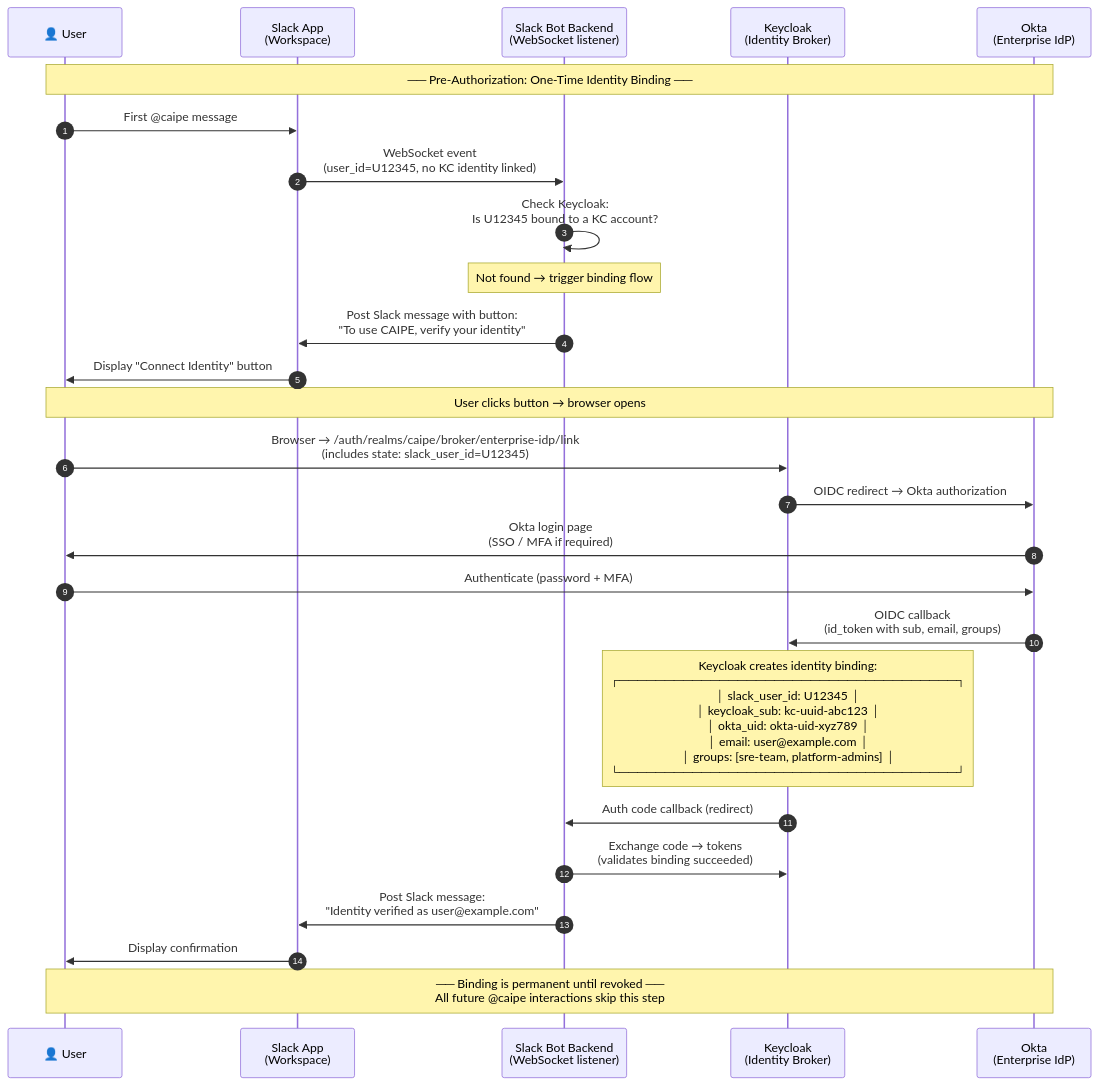
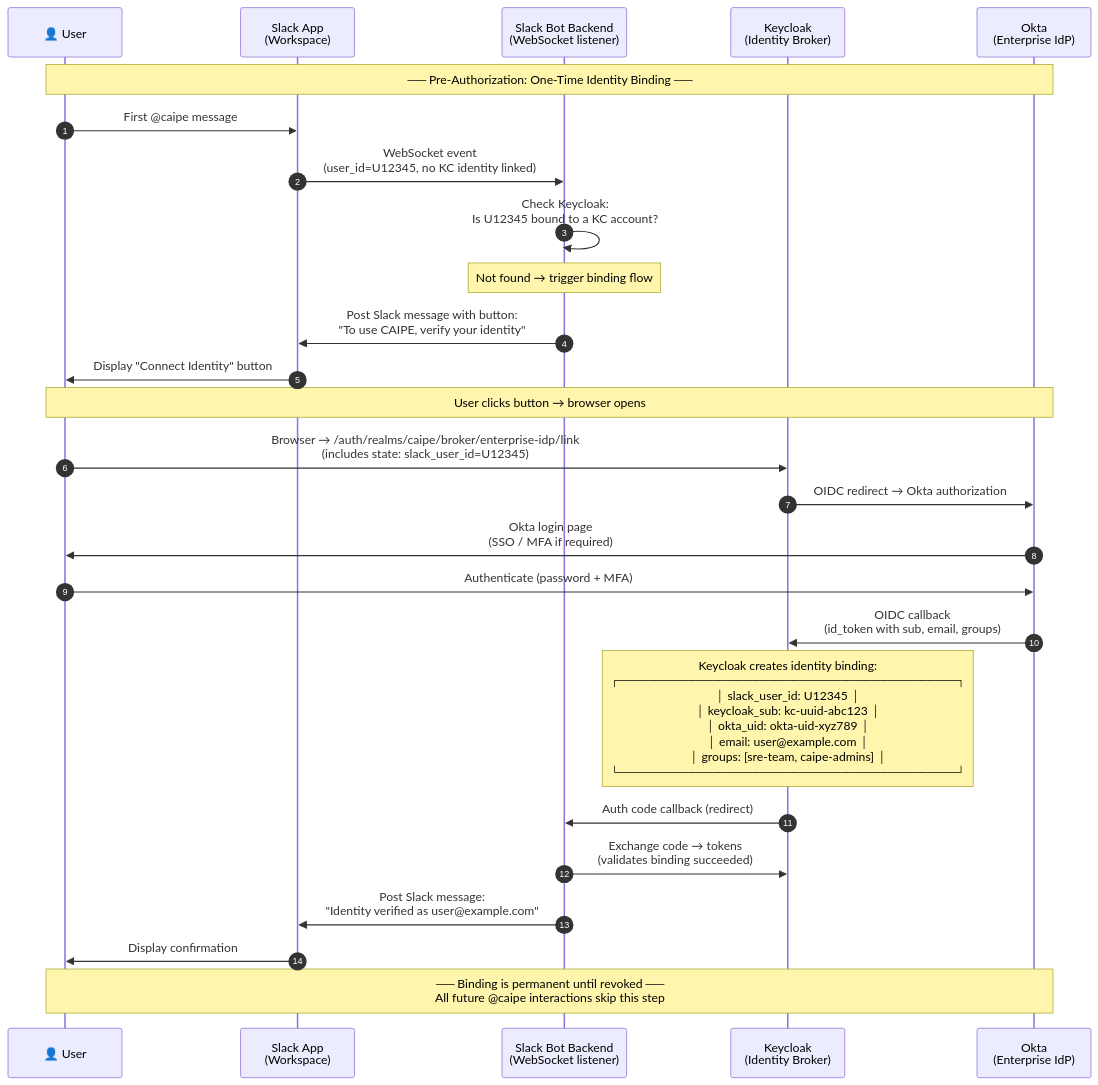
Before and after one commit to cnoe-io/ai-platform-engineering: the second of 10 diagrams in docs/docs/architecture/slack-bot-authorization.md, drawn with Mermaid. The commit also changed other lines of this file and 88 other files, not shown here.

````diff
--- a/docs/docs/architecture/slack-bot-authorization.md
+++ b/docs/docs/architecture/slack-bot-authorization.md
@@ -85,38 +85,38 @@
 ```mermaid
 sequenceDiagram
     autonumber
     participant U as 👤 User
     participant SA as Slack App<br/>(Workspace)
     participant SB as Slack Bot Backend<br/>(WebSocket listener)
     participant KC as Keycloak<br/>(Identity Broker)
     participant OK as Okta<br/>(Enterprise IdP)
 
     Note over U,OK: ── Pre-Authorization: One-Time Identity Binding ──
 
     U->>SA: First @caipe message
     SA->>SB: WebSocket event<br/>(user_id=U12345, no KC identity linked)
 
     SB->>SB: Check Keycloak:<br/>Is U12345 bound to a KC account?
     Note over SB: Not found → trigger binding flow
 
     SB->>SA: Post Slack message with button:<br/>"To use CAIPE, verify your identity"
     SA->>U: Display "Connect Identity" button
 
     Note over U,OK: User clicks button → browser opens
 
     U->>KC: Browser → /auth/realms/caipe/broker/enterprise-idp/link<br/>(includes state: slack_user_id=U12345)
     KC->>OK: OIDC redirect → Okta authorization
     OK->>U: Okta login page<br/>(SSO / MFA if required)
     U->>OK: Authenticate (password + MFA)
     OK->>KC: OIDC callback<br/>(id_token with sub, email, groups)
 
-    Note over KC: Keycloak creates identity binding:<br/>┌─────────────────────────────────────┐<br/>│ slack_user_id: U12345               │<br/>│ keycloak_sub: kc-uuid-abc123        │<br/>│ okta_uid: okta-uid-xyz789           │<br/>│ email: user@example.com             │<br/>│ groups: [sre-team, platform-admins] │<br/>└─────────────────────────────────────┘
+    Note over KC: Keycloak creates identity binding:<br/>┌─────────────────────────────────────┐<br/>│ slack_user_id: U12345               │<br/>│ keycloak_sub: kc-uuid-abc123        │<br/>│ okta_uid: okta-uid-xyz789           │<br/>│ email: user@example.com             │<br/>│ groups: [sre-team, caipe-admins]    │<br/>└─────────────────────────────────────┘
 
     KC->>SB: Auth code callback (redirect)
     SB->>KC: Exchange code → tokens<br/>(validates binding succeeded)
 
     SB->>SA: Post Slack message:<br/>"Identity verified as user@example.com"
     SA->>U: Display confirmation
 
     Note over U,OK: ── Binding is permanent until revoked ──<br/>All future @caipe interactions skip this step
 ```
````
